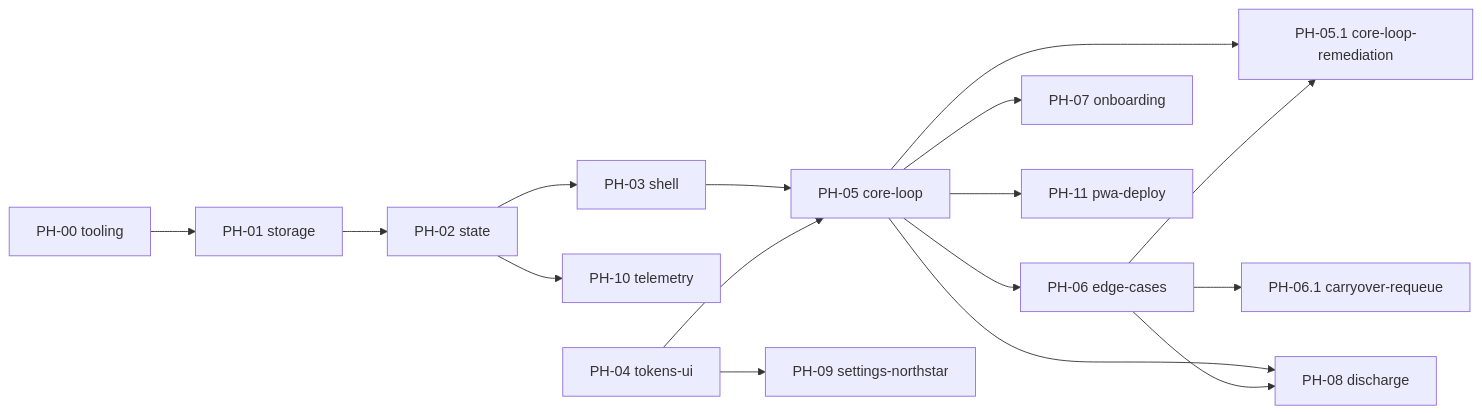
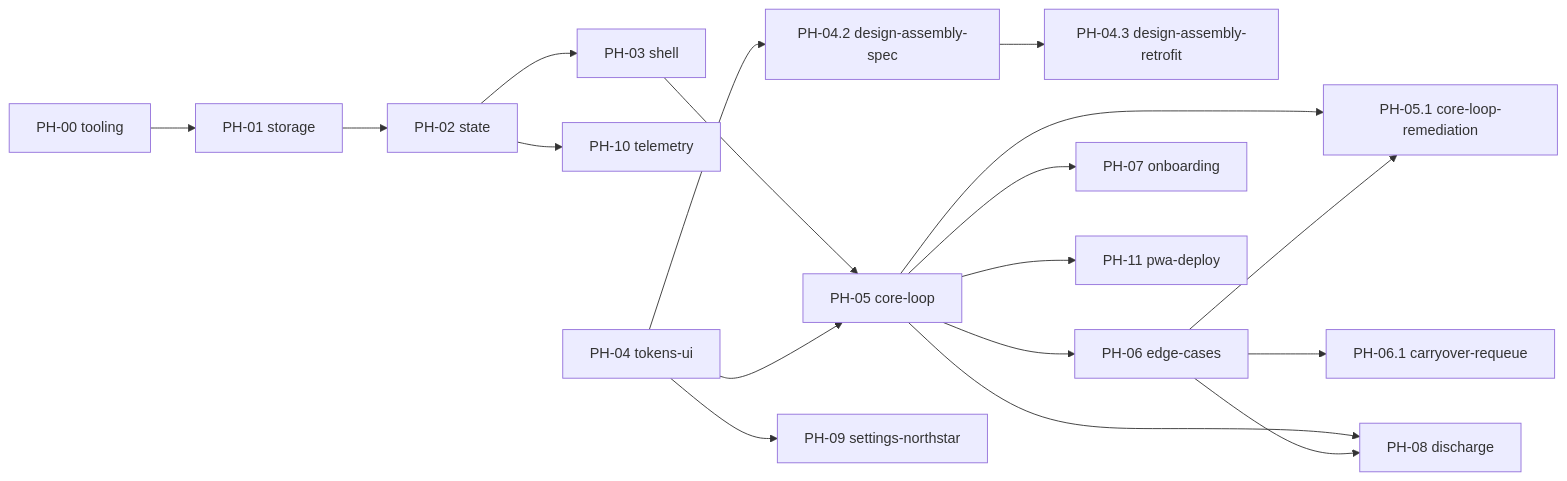
One commit to Sparrowlim/com-pace changed the diagram in docs/phases/README.md. Above: the diagram before and after it, drawn with Mermaid. The commit also changed other lines of this file and 13 other files, not shown here.

````diff
--- a/docs/phases/README.md
+++ b/docs/phases/README.md
@@ -100,18 +102,20 @@
 ```mermaid
 flowchart LR
   PH00[PH-00 tooling] --> PH01[PH-01 storage]
   PH01 --> PH02[PH-02 state]
   PH02 --> PH03[PH-03 shell]
   PH02 --> PH10[PH-10 telemetry]
   PH03 --> PH05[PH-05 core-loop]
   PH04[PH-04 tokens-ui] --> PH05
+  PH04 --> PH042[PH-04.2 design-assembly-spec]
+  PH042 --> PH043[PH-04.3 design-assembly-retrofit]
   PH05 --> PH06[PH-06 edge-cases]
   PH05 --> PH07[PH-07 onboarding]
   PH05 --> PH08[PH-08 discharge]
   PH05 --> PH051[PH-05.1 core-loop-remediation]
   PH06 --> PH051
   PH06 --> PH061[PH-06.1 carryover-requeue]
   PH06 --> PH08
   PH04 --> PH09[PH-09 settings-northstar]
   PH05 --> PH11[PH-11 pwa-deploy]
 ```
````
